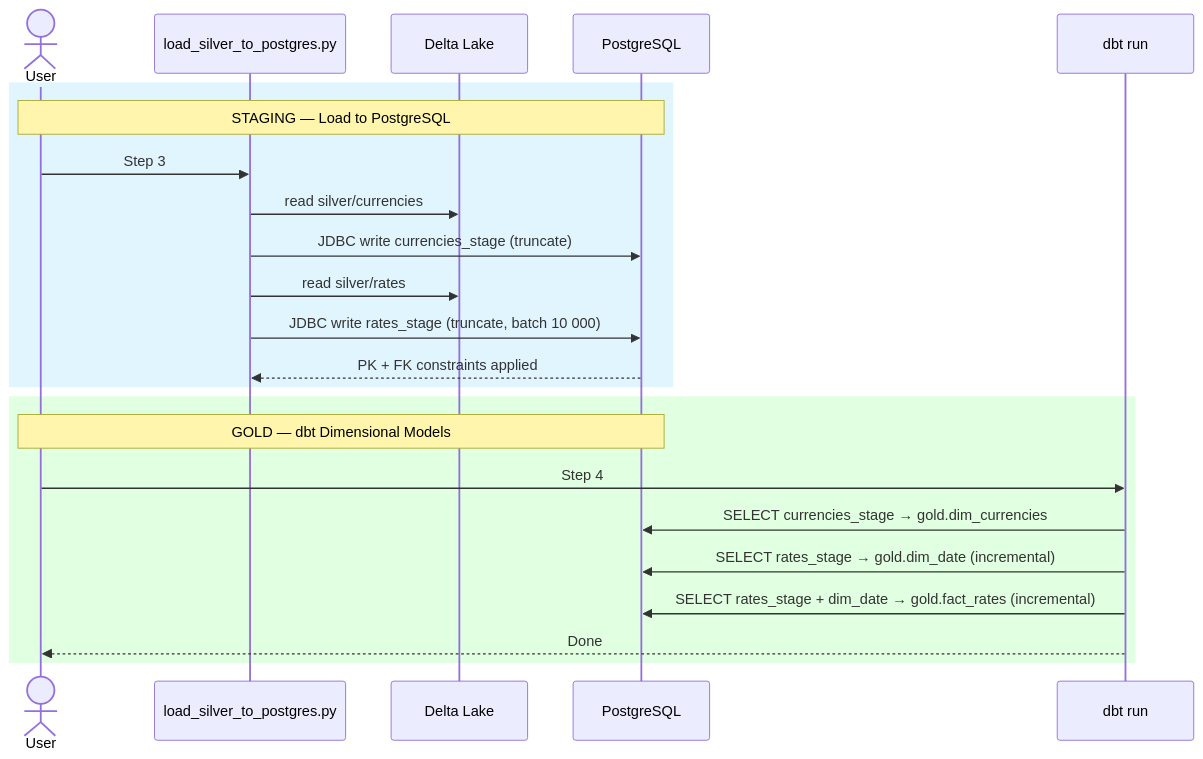
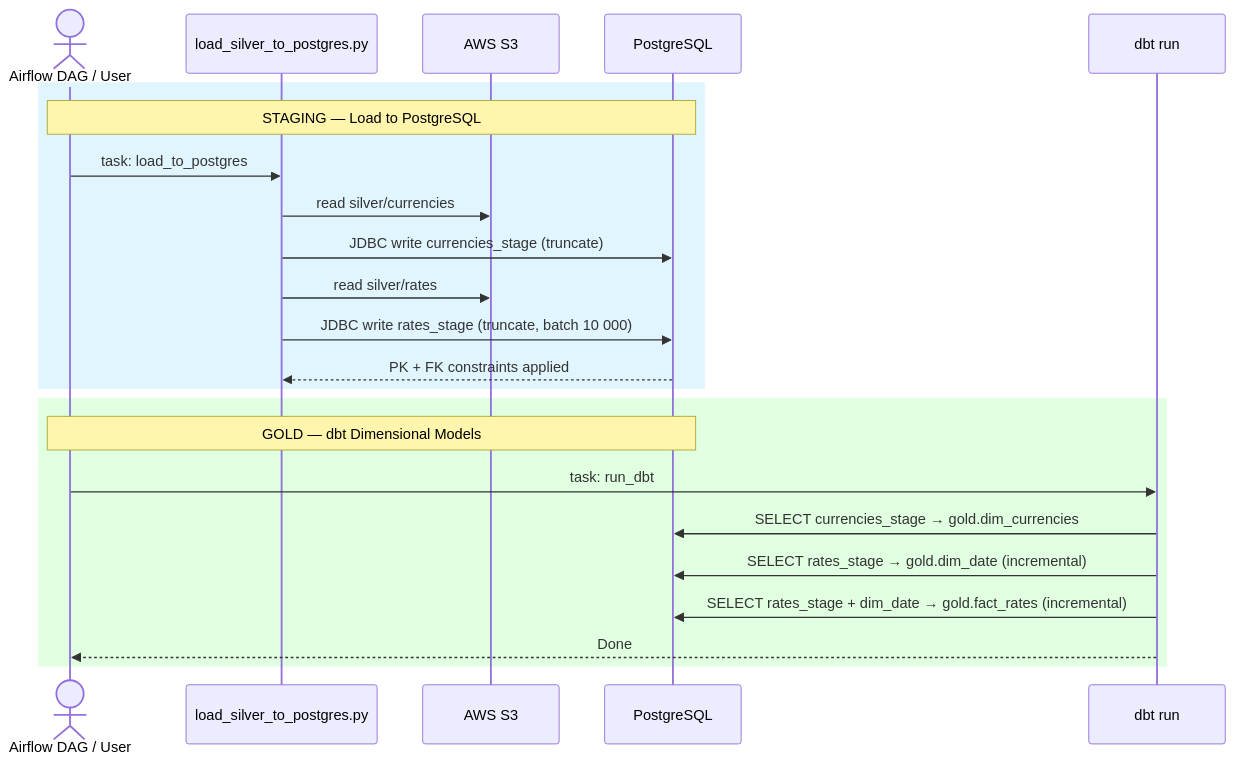
One commit to TanelS/currency-pipeline changed the second of 2 diagrams in diagrams/etl-sequence.md. Above: the diagram before and after it, drawn with Mermaid. The commit also changed other lines of this file and 19 other files, not shown here.

````diff
--- a/diagrams/etl-sequence.md
+++ b/diagrams/etl-sequence.md
@@ -39,27 +41,27 @@
 ```mermaid
 sequenceDiagram
-    actor User
+    actor Orchestrator as Airflow DAG / User
     participant LP as load_silver_to_postgres.py
-    participant DL as Delta Lake
+    participant S3 as AWS S3
     participant PG as PostgreSQL
     participant DBT as dbt run
 
     rect rgb(225, 245, 255)
-        Note over User,PG: STAGING — Load to PostgreSQL
-        User->>LP: Step 3
-        LP->>DL: read silver/currencies
+        Note over Orchestrator,PG: STAGING — Load to PostgreSQL
+        Orchestrator->>LP: task: load_to_postgres
+        LP->>S3: read silver/currencies
         LP->>PG: JDBC write currencies_stage (truncate)
-        LP->>DL: read silver/rates
+        LP->>S3: read silver/rates
         LP->>PG: JDBC write rates_stage (truncate, batch 10 000)
         PG-->>LP: PK + FK constraints applied
     end
 
     rect rgb(225, 255, 225)
-        Note over User,PG: GOLD — dbt Dimensional Models
-        User->>DBT: Step 4
+        Note over Orchestrator,PG: GOLD — dbt Dimensional Models
+        Orchestrator->>DBT: task: run_dbt
         DBT->>PG: SELECT currencies_stage → gold.dim_currencies
         DBT->>PG: SELECT rates_stage → gold.dim_date (incremental)
         DBT->>PG: SELECT rates_stage + dim_date → gold.fact_rates (incremental)
-        DBT-->>User: Done
+        DBT-->>Orchestrator: Done
     end
 ```
````
